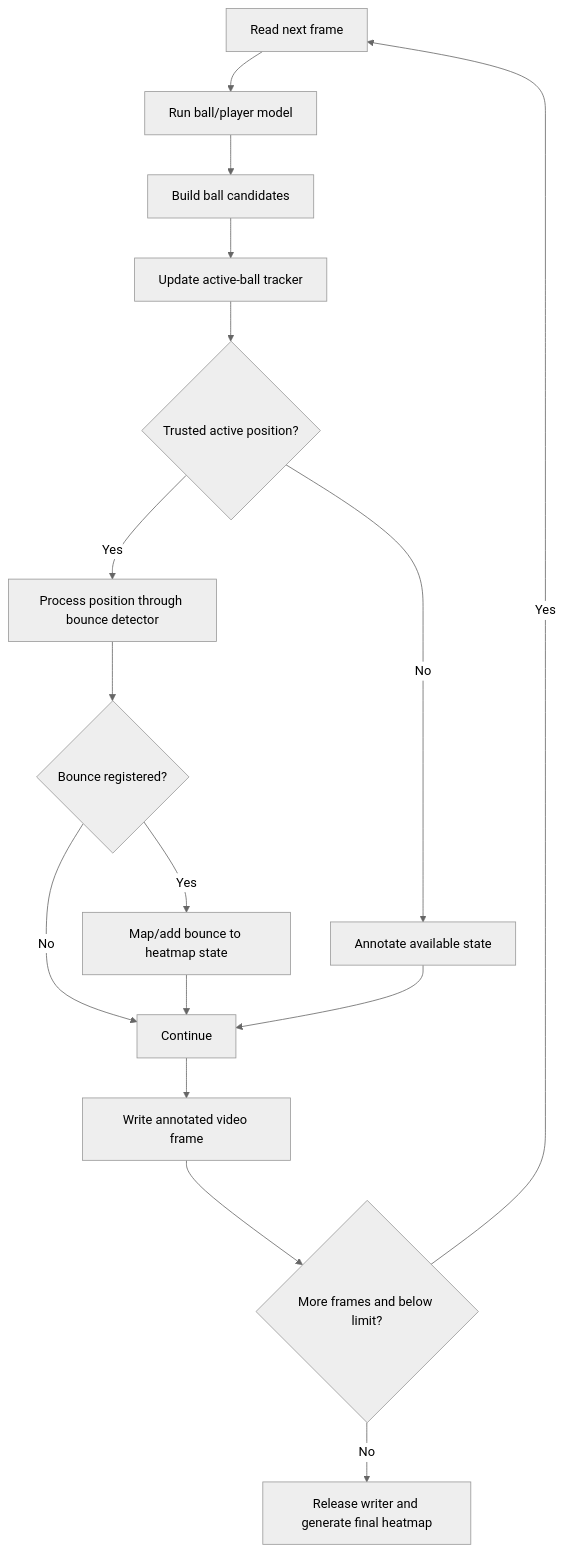
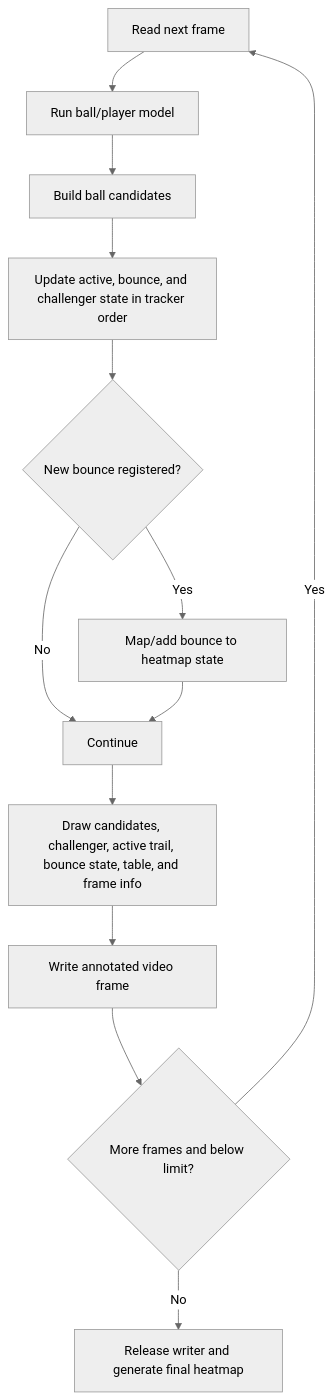
One commit to CoulterRolph/Capstone_Opencv changed the seventh of 13 diagrams in jetson/docs/project_process_map.md. Above: the diagram before and after it, drawn with Mermaid (neutral theme). The commit also changed other lines of this file and 35 other files, not shown here.

````diff
--- a/jetson/docs/project_process_map.md
+++ b/jetson/docs/project_process_map.md
@@ -210,21 +219,16 @@
 ```mermaid
 flowchart TD
     Frame[Read next frame] --> Detect[Run ball/player model]
     Detect --> Candidates[Build ball candidates]
-    Candidates --> Track[Update active-ball tracker]
-    Track --> Position{Trusted active position?}
-
-    Position -->|No| AnnotateMissing[Annotate available state]
-    Position -->|Yes| Bounce[Process position through bounce detector]
-
-    Bounce --> Event{Bounce registered?}
+    Candidates --> Track[Update active, bounce, and challenger state in tracker order]
+    Track --> Event{New bounce registered?}
     Event -->|Yes| HeatmapState[Map/add bounce to heatmap state]
     Event -->|No| AnnotateFrame[Continue]
     HeatmapState --> AnnotateFrame
-    AnnotateMissing --> AnnotateFrame
 
-    AnnotateFrame --> Write[Write annotated video frame]
+    AnnotateFrame --> Debug[Draw candidates, challenger, active trail, bounce state, table, and frame info]
+    Debug --> Write[Write annotated video frame]
     Write --> Continue{More frames and below limit?}
     Continue -->|Yes| Frame
     Continue -->|No| Finalize[Release writer and generate final heatmap]
 ```
````
